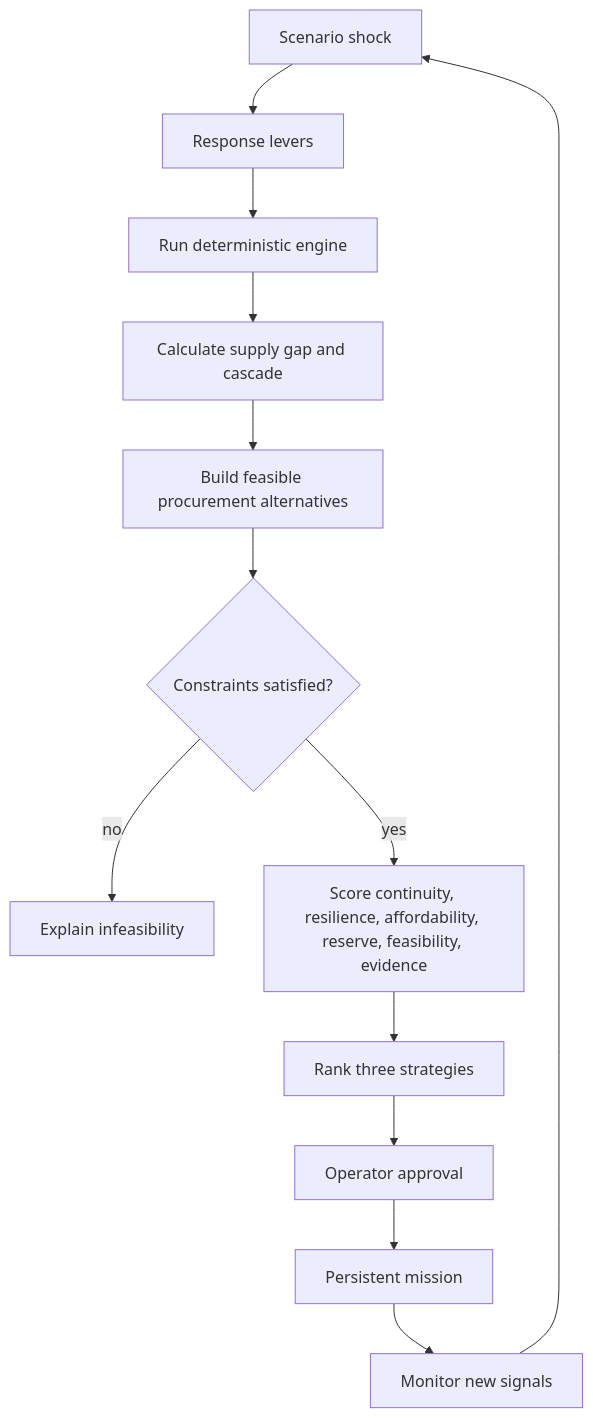
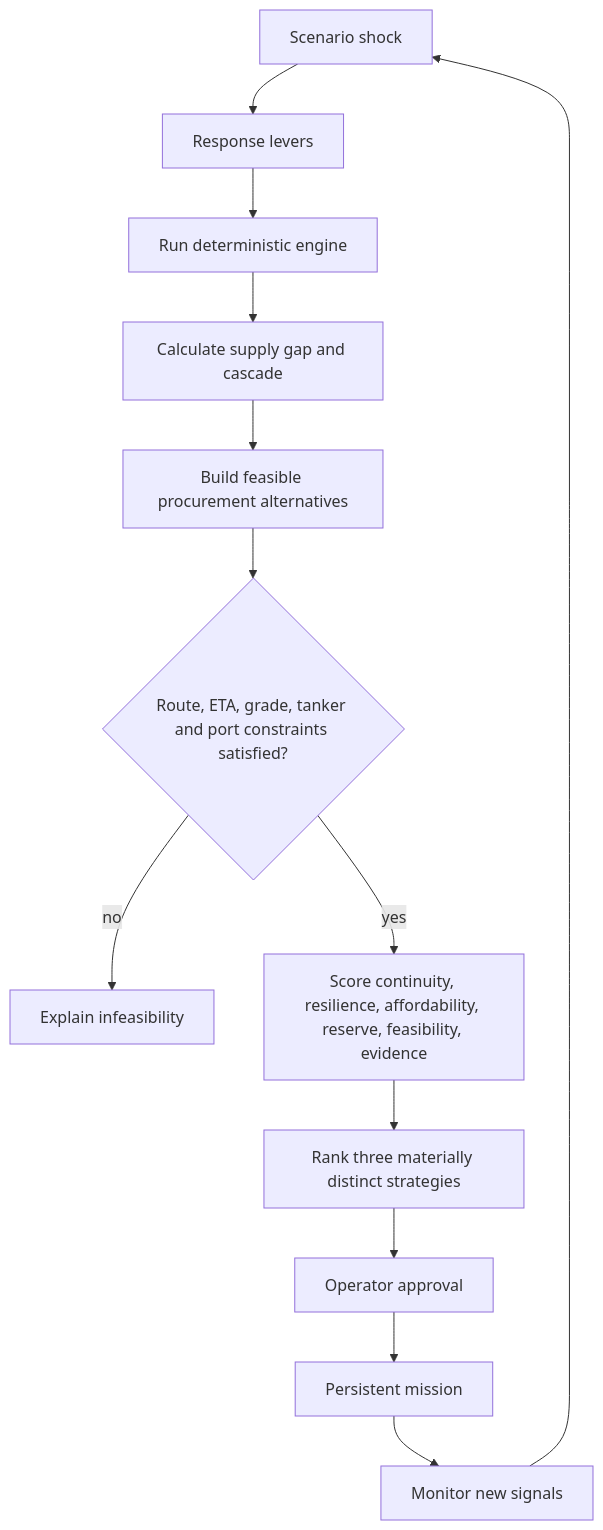
The second of 4 diagrams in docs/ARCHITECTURE_DIAGRAMS.md (Raman-0123/Chanakya), drawn with Mermaid before and after one commit. The commit also changed other lines of this file and 64 other files, not shown here.

````diff
--- a/docs/ARCHITECTURE_DIAGRAMS.md
+++ b/docs/ARCHITECTURE_DIAGRAMS.md
@@ -32,15 +36,15 @@
 ```mermaid
 flowchart TD
   S[Scenario shock] --> L[Response levers]
   L --> E[Run deterministic engine]
   E --> G[Calculate supply gap and cascade]
   G --> P[Build feasible procurement alternatives]
-  P --> C{Constraints satisfied?}
+  P --> C{Route, ETA, grade, tanker and port constraints satisfied?}
   C -- no --> F[Explain infeasibility]
   C -- yes --> O[Score continuity, resilience, affordability, reserve, feasibility, evidence]
-  O --> R[Rank three strategies]
+  O --> R[Rank three materially distinct strategies]
   R --> A[Operator approval]
   A --> M[Persistent mission]
   M --> Q[Monitor new signals]
   Q --> S
 ```
````
